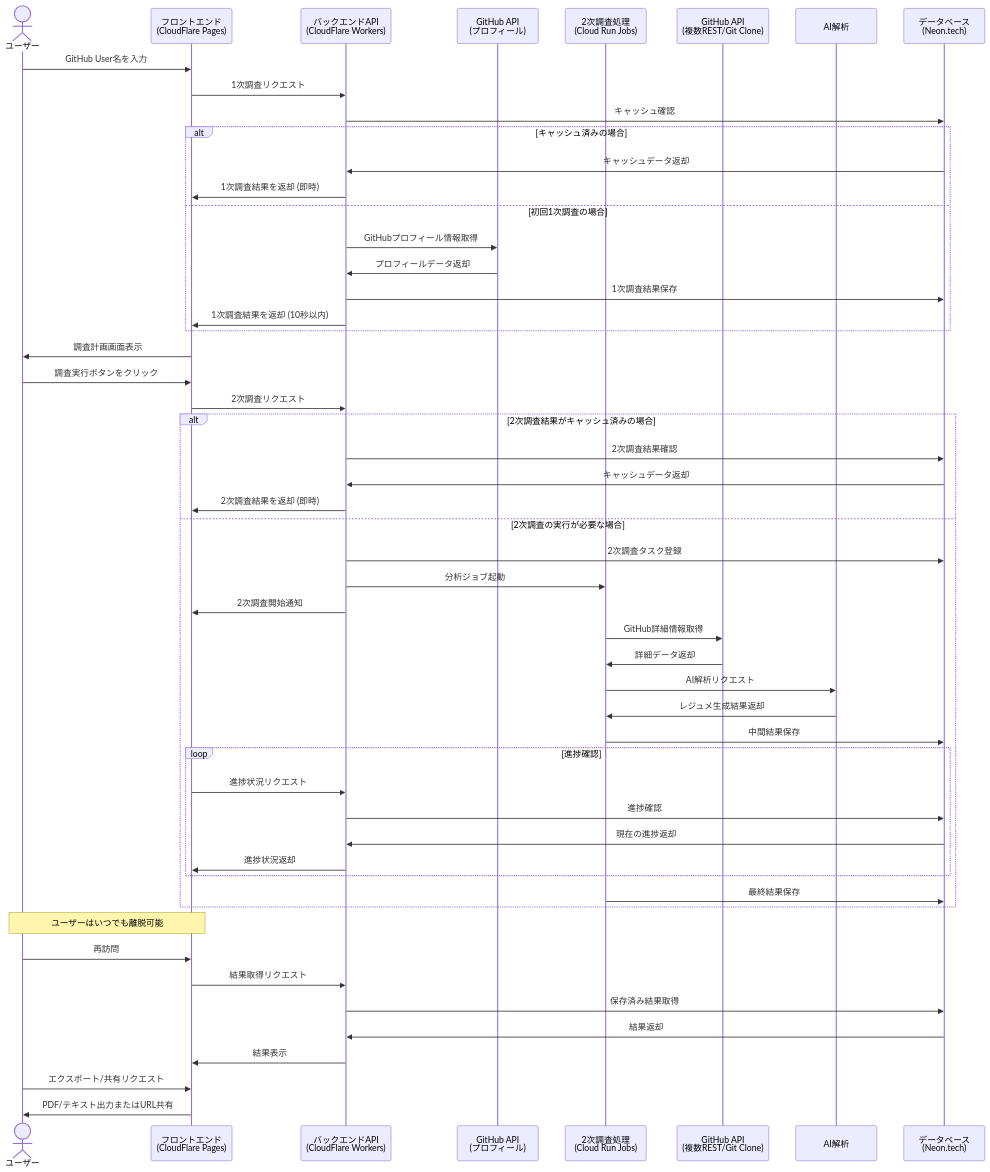
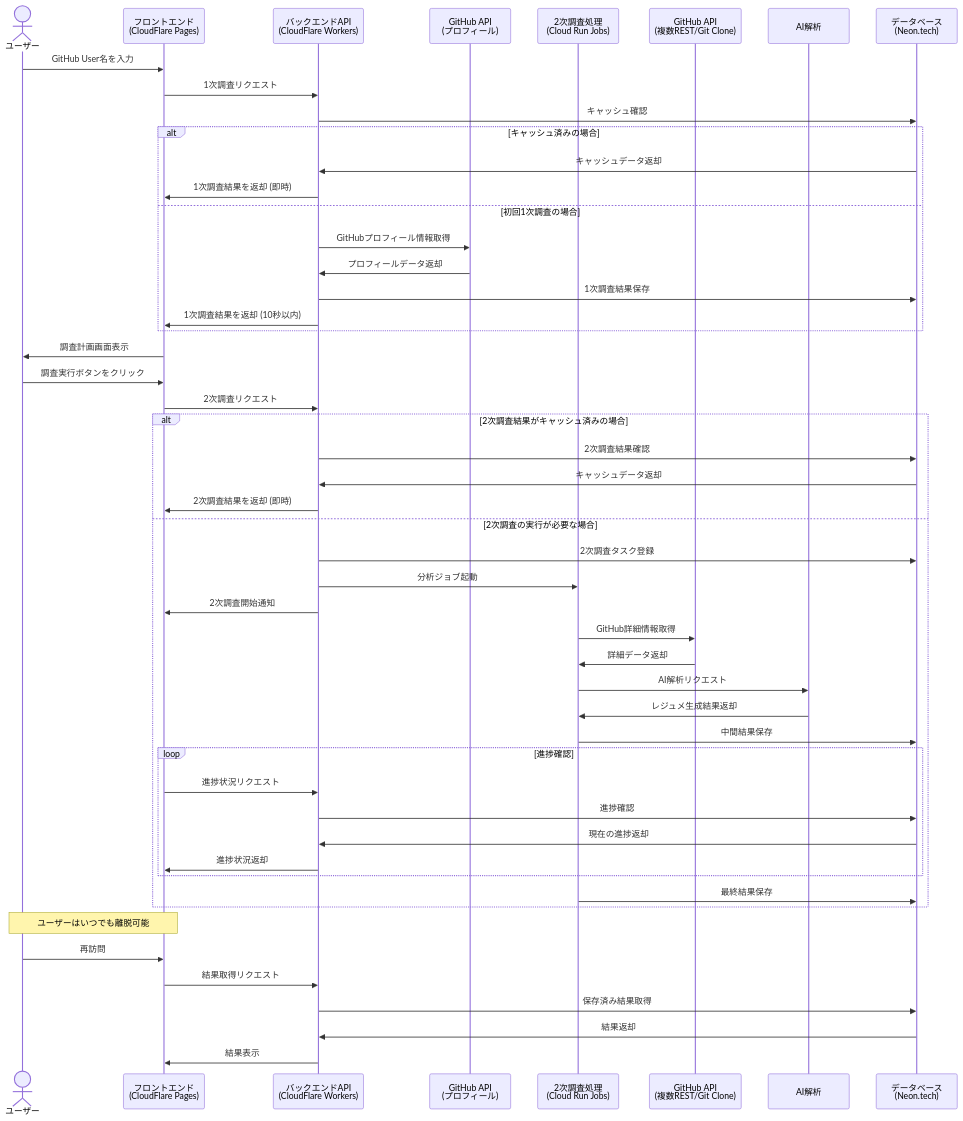
Before and after one commit to ToyB0x/git-resume: the diagram in docs/epic/deep-research-architecture-and-design/README.md, drawn with Mermaid. The commit also changed other lines of this file, not shown here.

Commit message:
feat: revise README.md to clarify architecture design and system structure for GitHub analysis process

````diff
--- a/docs/epic/deep-research-architecture-and-design/README.md
+++ b/docs/epic/deep-research-architecture-and-design/README.md
@@ -103,74 +79,70 @@
 ```mermaid
 sequenceDiagram
     actor User as ユーザー
     participant FE as フロントエンド<br>(CloudFlare Pages)
     participant BE as バックエンドAPI<br>(CloudFlare Workers)
     participant GH1 as GitHub API<br>(プロフィール)
     participant Job as 2次調査処理<br>(Cloud Run Jobs)
     participant GH2 as GitHub API<br>(複数REST/Git Clone)
     participant AI as AI解析
     participant DB as データベース<br>(Neon.tech)
     
     User->>FE: GitHub User名を入力
     
     %% 1次調査（10秒以内）
     FE->>BE: 1次調査リクエスト
     BE->>DB: キャッシュ確認
     
     alt キャッシュ済みの場合
         DB->>BE: キャッシュデータ返却
         BE->>FE: 1次調査結果を返却 (即時)
     else 初回1次調査の場合
         BE->>GH1: GitHubプロフィール情報取得
         GH1->>BE: プロフィールデータ返却
         BE->>DB: 1次調査結果保存
         BE->>FE: 1次調査結果を返却 (10秒以内)
     end
     
     %% 調査計画表示
     FE->>User: 調査計画画面表示
     
     %% 2次調査（重い処理）
     User->>FE: 調査実行ボタンをクリック
     FE->>BE: 2次調査リクエスト
     
     alt 2次調査結果がキャッシュ済みの場合
         BE->>DB: 2次調査結果確認
         DB->>BE: キャッシュデータ返却
         BE->>FE: 2次調査結果を返却 (即時)
     else 2次調査の実行が必要な場合
         BE->>DB: 2次調査タスク登録
         BE->>Job: 分析ジョブ起動
         BE->>FE: 2次調査開始通知
         
         %% バックグラウンド処理
         Job->>GH2: GitHub詳細情報取得
         GH2->>Job: 詳細データ返却
         Job->>AI: AI解析リクエスト
         AI->>Job: レジュメ生成結果返却
         Job->>DB: 中間結果保存
         
         %% 進捗確認（Polling）
         loop 進捗確認
             FE->>BE: 進捗状況リクエスト
             BE->>DB: 進捗確認
             DB->>BE: 現在の進捗返却
             BE->>FE: 進捗状況返却
         end
         
         Job->>DB: 最終結果保存
     end
     
     %% ユーザーの離脱と再訪問
     Note over User,FE: ユーザーはいつでも離脱可能
     
     User->>FE: 再訪問
     FE->>BE: 結果取得リクエスト
     BE->>DB: 保存済み結果取得
     DB->>BE: 結果返却
     BE->>FE: 結果表示
-    
-    %% エクスポートと共有
-    User->>FE: エクスポート/共有リクエスト
-    FE->>User: PDF/テキスト出力またはURL共有
 ```
````
